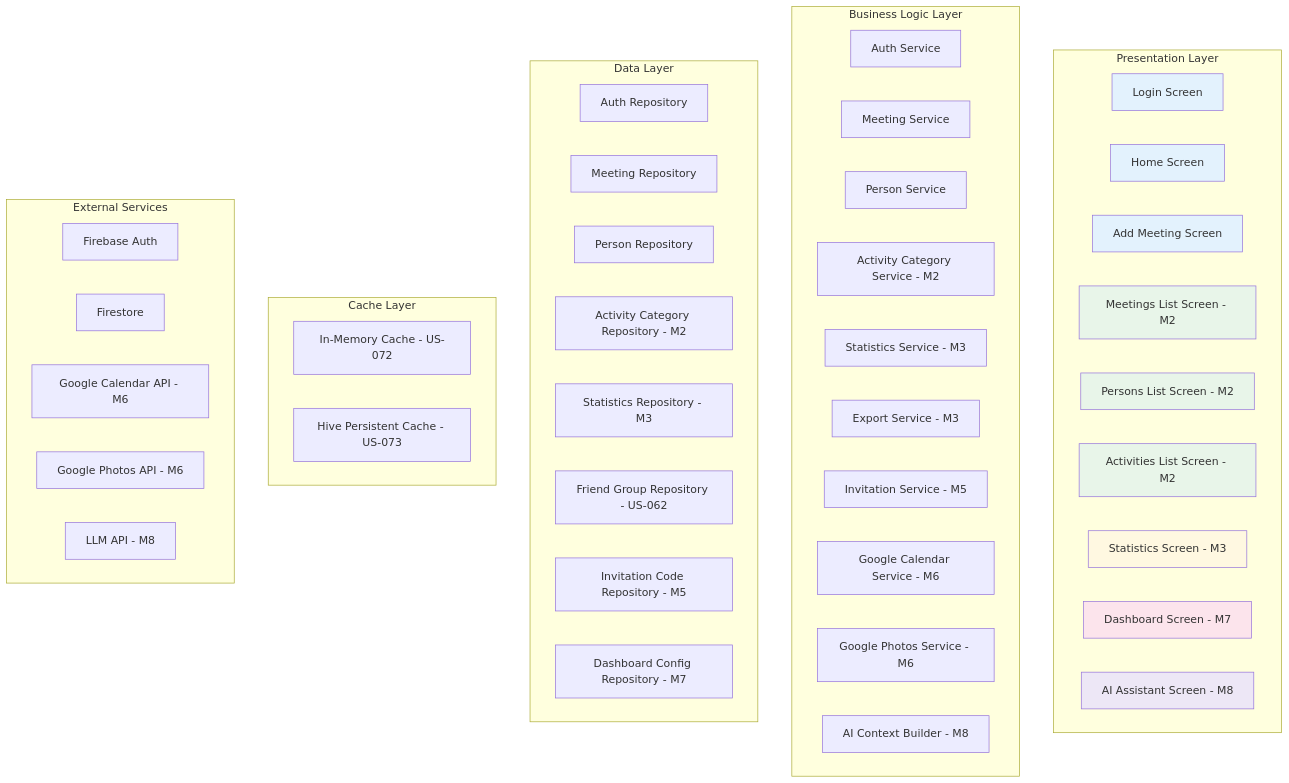
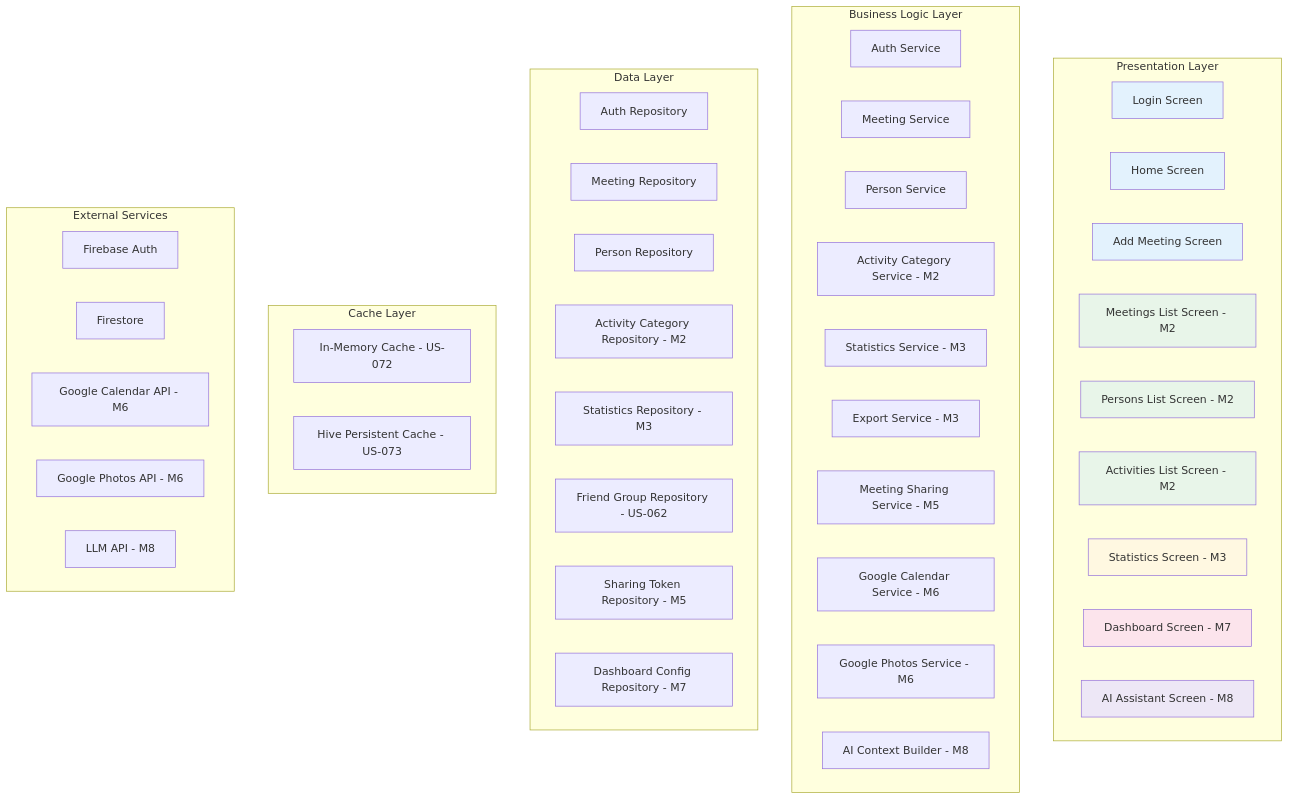
Before and after one commit to aleksanderginalski/Friendsheet-App: the third of 5 diagrams in docs/architecture.md, drawn with Mermaid. The commit also changed other lines of this file and 2 other files, not shown here.

First line of the commit message:
docs: retro improvements after US-INF-006 (requirements.md, architecture.md, discover.md)

````diff
--- a/docs/architecture.md
+++ b/docs/architecture.md
@@ -138,61 +138,61 @@
 ```mermaid
 graph TB
     subgraph "Presentation Layer"
         A1[Login Screen]
         A2[Home Screen]
         A3[Add Meeting Screen]
         A4[Meetings List Screen - M2]
         A5[Persons List Screen - M2]
         A6[Activities List Screen - M2]
         A7[Statistics Screen - M3]
         A8[Dashboard Screen - M7]
         A9[AI Assistant Screen - M8]
     end
     
     subgraph "Business Logic Layer"
         B1[Auth Service]
         B2[Meeting Service]
         B3[Person Service]
         B4[Activity Category Service - M2]
         B5[Statistics Service - M3]
         B6[Export Service - M3]
-        B7[Invitation Service - M5]
+        B7[Meeting Sharing Service - M5]
         B8[Google Calendar Service - M6]
         B8b[Google Photos Service - M6]
         B9[AI Context Builder - M8]
     end
     
     subgraph "Data Layer"
         C1[Auth Repository]
         C2[Meeting Repository]
         C3[Person Repository]
         C4[Activity Category Repository - M2]
         C5[Statistics Repository - M3]
         C6[Friend Group Repository - US-062]
-        C7[Invitation Code Repository - M5]
+        C7[Sharing Token Repository - M5]
         C8[Dashboard Config Repository - M7]
     end
     
     subgraph "Cache Layer"
         CA1[In-Memory Cache - US-072]
         CA2[Hive Persistent Cache - US-073]
     end
     
     subgraph "External Services"
         D1[Firebase Auth]
         D2[Firestore]
         D3[Google Calendar API - M6]
         D3b[Google Photos API - M6]
         D4[LLM API - M8]
     end
     
     style A1 fill:#E3F2FD
     style A2 fill:#E3F2FD
     style A3 fill:#E3F2FD
     style A4 fill:#E8F5E9
     style A5 fill:#E8F5E9
     style A6 fill:#E8F5E9
     style A7 fill:#FFF8E1
     style A8 fill:#FCE4EC
     style A9 fill:#EDE7F6
 ```
````
